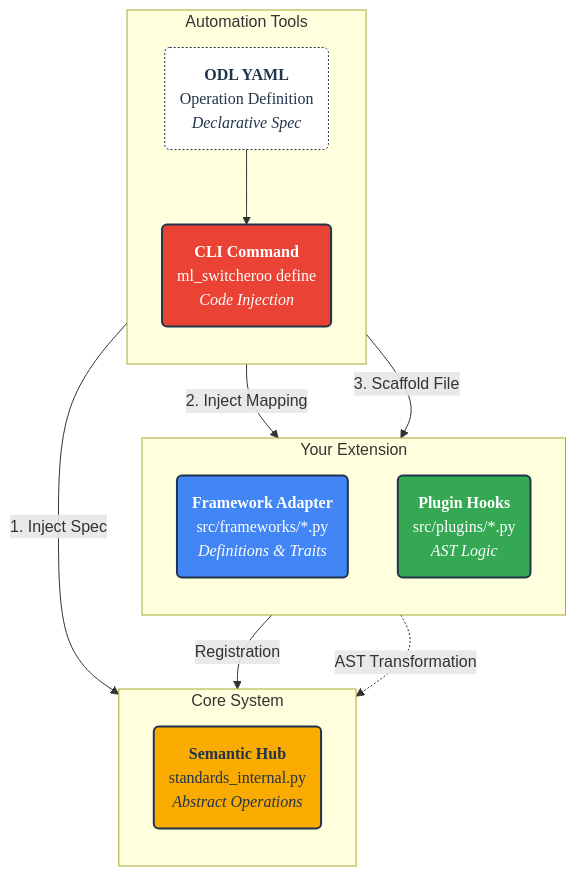
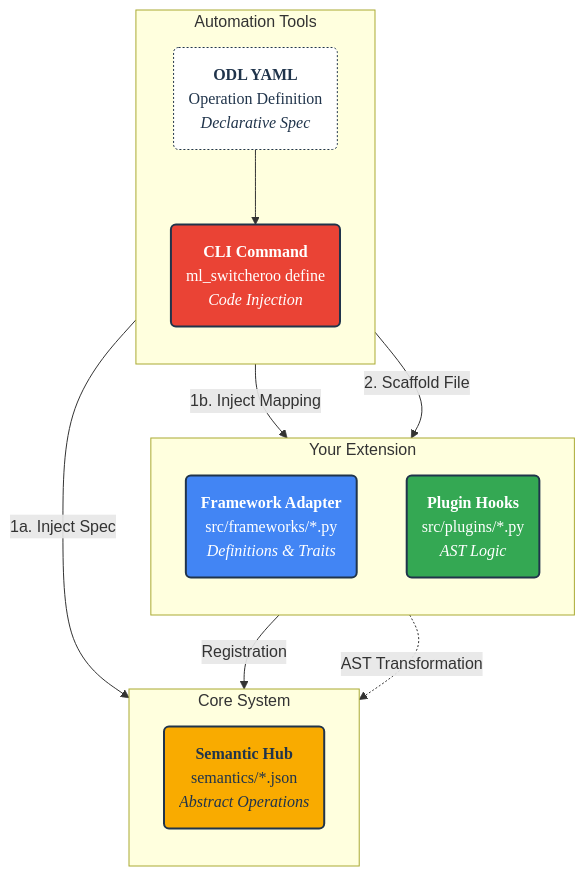
One commit to SamuelMarks/ml-switcheroo changed the diagram in EXTENDING.md. Above: the diagram before and after it, drawn with Mermaid. The commit also changed other lines of this file and 1 other file, not shown here.

Commit message:
[EXTENDING.md] Reflect current state ; [docs/conf.py] Upgrade mermaid

````diff
--- a/EXTENDING.md
+++ b/EXTENDING.md
@@ -23,35 +23,35 @@
 ```mermaid
 graph TD
-    %% Styles based on ARCHITECTURE.md theme
-    classDef default font-family:'Google Sans Normal',color:#20344b,stroke:#20344b; 
-    classDef hub fill:#f9ab00,stroke:#20344b,stroke-width:2px,color:#20344b,font-family:'Google Sans Medium',rx:5px; 
-    classDef adapter fill:#4285f4,stroke:#20344b,stroke-width:2px,color:#ffffff,font-family:'Google Sans Medium',rx:5px; 
-    classDef plugin fill:#34a853,stroke:#20344b,stroke-width:2px,color:#ffffff,font-family:'Google Sans Medium',rx:5px; 
-    classDef tool fill:#ea4335,stroke:#20344b,stroke-width:2px,color:#ffffff,font-family:'Google Sans Medium',rx:5px; 
-    classDef input fill:#ffffff,stroke:#20344b,stroke-width:1px,color:#20344b,font-family:'Roboto Mono Normal',stroke-dasharray: 2 2; 
+    %% --- STYLE DEFINITIONS ---
+    classDef default font-family:'Google Sans Normal',color:#20344b,stroke:#20344b;
+    classDef hub fill:#f9ab00,stroke:#20344b,stroke-width:2px,color:#20344b,font-family:'Google Sans Medium',rx:5px;
+    classDef adapter fill:#4285f4,stroke:#20344b,stroke-width:2px,color:#ffffff,font-family:'Google Sans Medium',rx:5px;
+    classDef plugin fill:#34a853,stroke:#20344b,stroke-width:2px,color:#ffffff,font-family:'Google Sans Medium',rx:5px;
+    classDef tool fill:#ea4335,stroke:#20344b,stroke-width:2px,color:#ffffff,font-family:'Google Sans Medium',rx:5px;
+    classDef input fill:#ffffff,stroke:#20344b,stroke-width:1px,color:#20344b,font-family:'Roboto Mono Normal',stroke-dasharray: 2 2;
 
-    subgraph "Your Extension" 
+    subgraph "Your Extension"
         direction TB
         ADAPTER("<b>Framework Adapter</b><br/>src/frameworks/*.py<br/><i>Definitions & Traits</i>"):::adapter
         PLUGIN("<b>Plugin Hooks</b><br/>src/plugins/*.py<br/><i>AST Logic</i>"):::plugin
     end
 
-    subgraph "Core System" 
+    subgraph "Core System"
         direction TB
-        HUB("<b>Semantic Hub</b><br/>standards_internal.py<br/><i>Abstract Operations</i>"):::hub
+        HUB("<b>Semantic Hub</b><br/>semantics/*.json<br/><i>Abstract Operations</i>"):::hub
     end
 
-    subgraph "Automation Tools" 
+    subgraph "Automation Tools"
         direction TB
         DEFINE("<b>CLI Command</b><br/>ml_switcheroo define<br/><i>Code Injection</i>"):::tool
         YAML("<b>ODL YAML</b><br/>Operation Definition<br/><i>Declarative Spec</i>"):::input
     end
 
     %% Wiring
     YAML --> DEFINE
-    DEFINE -->|" 1. Inject Spec "| HUB
-    DEFINE -->|" 2. Inject Mapping "| ADAPTER
-    DEFINE -->|" 3. Scaffold File "| PLUGIN
+    DEFINE -->|" 1a. Inject Spec "| HUB
+    DEFINE -->|" 1b. Inject Mapping "| ADAPTER
+    DEFINE -->|" 2. Scaffold File "| PLUGIN
     ADAPTER -->|" Registration "| HUB
     PLUGIN -.->|" AST Transformation "| HUB
 ```
````
